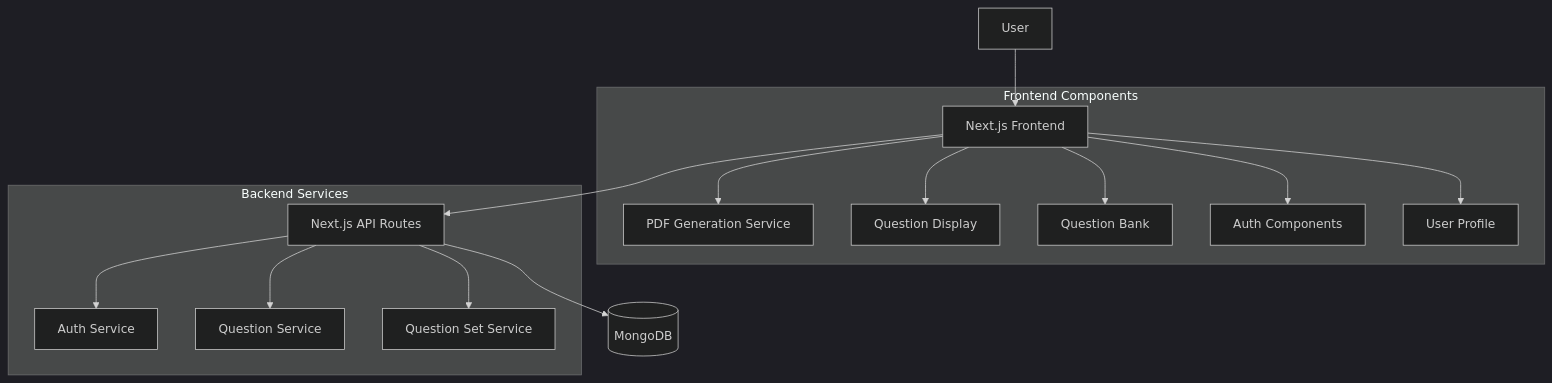
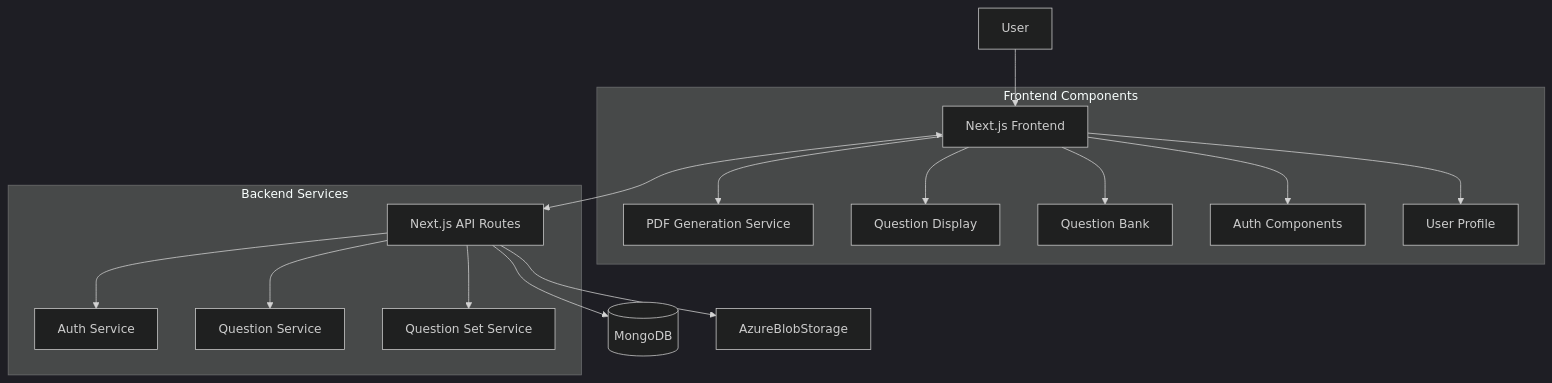
Before and after one commit to VladC12/aiva-learning-platform: the first of 5 diagrams in docs/architecture-overview.md, drawn with Mermaid (dark theme). The commit also changed other lines of this file, not shown here.

Commit message:
feat: enhance architecture overview with detailed file storage and frontend organization

````diff
--- a/docs/architecture-overview.md
+++ b/docs/architecture-overview.md
@@ -15,20 +17,21 @@
 ```mermaid
 graph TD
     User[User] --> Frontend[Next.js Frontend]
-    Frontend --> ApiRoutes[Next.js API Routes]
+    Frontend <--> ApiRoutes[Next.js API Routes]
     ApiRoutes --> MongoDB[(MongoDB)]
+    ApiRoutes --> Azure[AzureBlobStorage]
     
     subgraph "Frontend Components"
         Frontend --> PdfService[PDF Generation Service]
         Frontend --> QuestionDisplay[Question Display]
         Frontend --> QuestionBank[Question Bank]
         Frontend --> Authentication[Auth Components]
         Frontend --> UserProfile[User Profile]
     end
     
     subgraph "Backend Services"
         ApiRoutes --> AuthService[Auth Service]
         ApiRoutes --> QuestionService[Question Service]
         ApiRoutes --> QuestionSetService[Question Set Service]
     end
 ```
````
